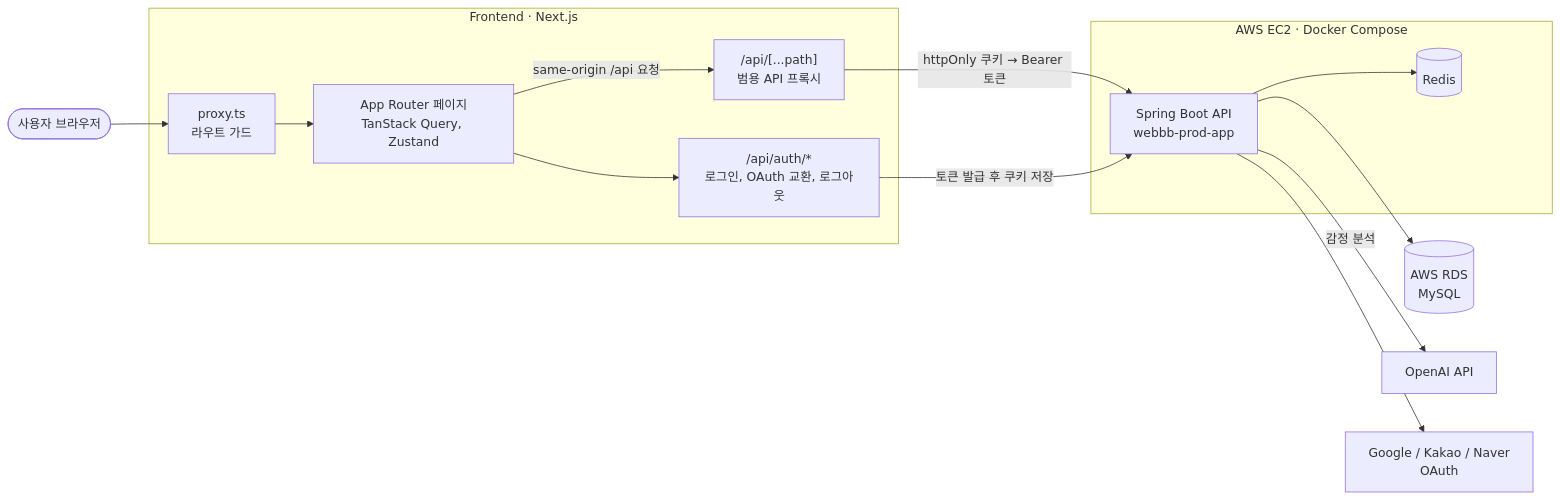
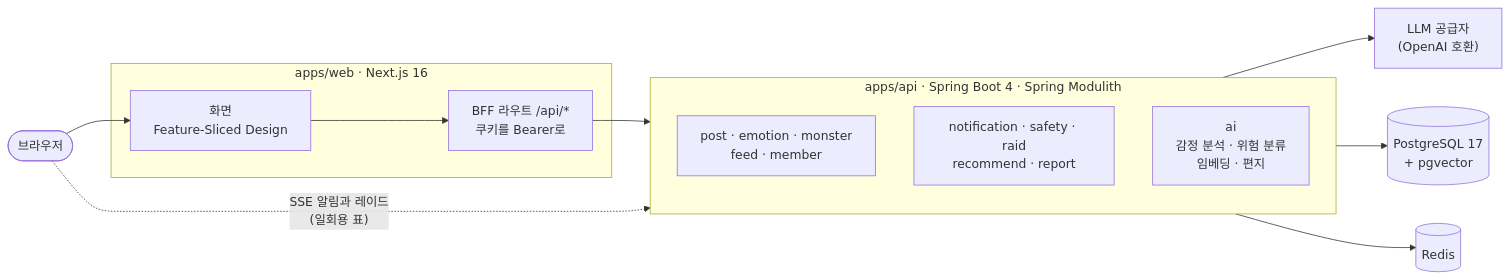
Before and after one commit to hyunolike/5959: the diagram in README.md, drawn with Mermaid. The commit also changed other lines of this file and 8 other files, not shown here.

````diff
--- a/README.md
+++ b/README.md
@@ -157,31 +72,26 @@
 ```mermaid
 flowchart LR
-    User([사용자 브라우저])
+    U([브라우저])
 
-    subgraph FE["Frontend · Next.js"]
-        Guard["proxy.ts<br/>라우트 가드"]
-        Pages["App Router 페이지<br/>TanStack Query, Zustand"]
-        Proxy["/api/[...path]<br/>범용 API 프록시"]
-        AuthRoute["/api/auth/*<br/>로그인, OAuth 교환, 로그아웃"]
+    subgraph Web["apps/web · Next.js 16"]
+        Pages["화면<br/>Feature-Sliced Design"]
+        BFF["BFF 라우트 /api/*<br/>쿠키를 Bearer로"]
     end
 
-    subgraph EC2["AWS EC2 · Docker Compose"]
-        App["Spring Boot API<br/>webbb-prod-app"]
-        Redis[("Redis")]
+    subgraph Api["apps/api · Spring Boot 4 · Spring Modulith"]
+        direction TB
+        Core["post · emotion · monster<br/>feed · member"]
+        More["notification · safety · raid<br/>recommend · report"]
+        AI["ai<br/>감정 분석 · 위험 분류<br/>임베딩 · 편지"]
     end
 
-    RDS[("AWS RDS<br/>MySQL")]
-    OpenAI["OpenAI API"]
-    OAuth["Google / Kakao / Naver<br/>OAuth"]
+    PG[("PostgreSQL 17<br/>+ pgvector")]
+    Redis[("Redis")]
+    LLM["LLM 공급자<br/>(OpenAI 호환)"]
 
-    User --> Guard --> Pages
-    Pages -- "same-origin /api 요청" --> Proxy
-    Pages --> AuthRoute
-    Proxy -- "httpOnly 쿠키 → Bearer 토큰" --> App
-    AuthRoute -- "토큰 발급 후 쿠키 저장" --> App
-
-    App --> RDS
-    App --> Redis
-    App -- "감정 분석" --> OpenAI
-    App --> OAuth
+    U --> Pages --> BFF --> Api
+    U -. "SSE 알림과 레이드<br/>(일회용 표)" .-> Api
+    Api --> PG
+    Api --> Redis
+    AI --> LLM
 ```
````
